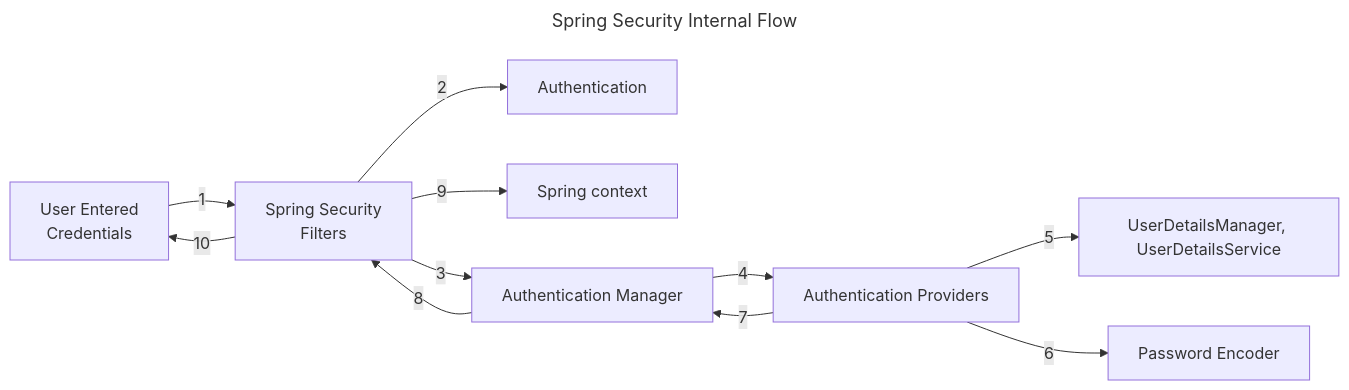
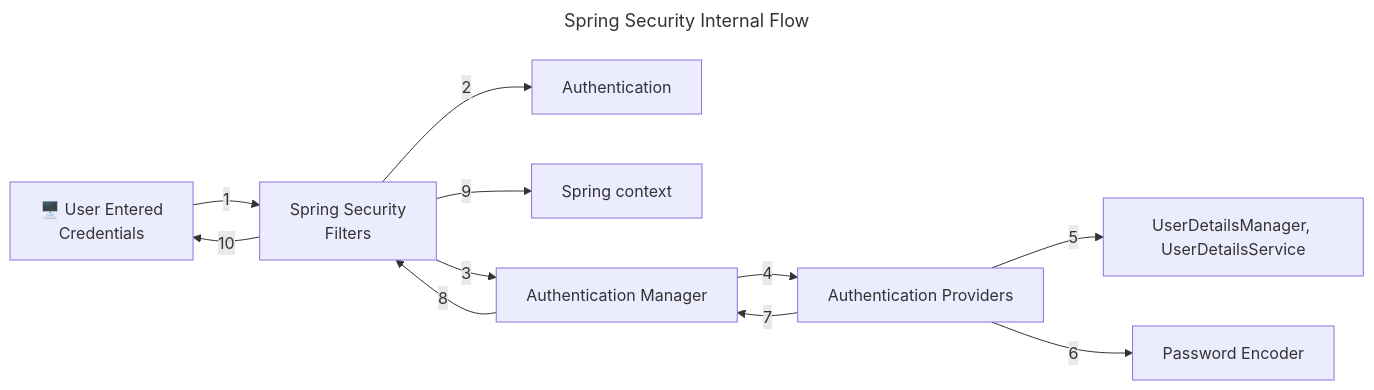
One commit to DonggeonMoon/spring-security-study changed the first of 17 diagrams in readme.md. Above: the diagram before and after it, drawn with Mermaid. The commit also changed other lines of this file, not shown here.

````diff
--- a/readme.md
+++ b/readme.md
@@ -17,16 +17,16 @@
 ```mermaid
 ---
 title: Spring Security Internal Flow
 ---
 graph LR
-    1[User Entered\nCredentials] -->|1|2[Spring Security\nFilters\n]
-    2 -->|2|3[Authentication]
-    2 -->|9|4[Spring context]
-    2 -->|3|5[Authentication Manager]
-    5 -->|4|6[Authentication Providers]
-    6 -->|5|7[UserDetailsManager, UserDetailsService]
-    6 -->|6|8[Password Encoder]
-    6 -->|7|5
-    5 -->|8|2
-    2 -->|10|1
+    1["🖥️ User Entered\nCredentials"] -->|1| 2[Spring Security\nFilters\n]
+    2 -->|2| 3[Authentication]
+    2 -->|9| 4[Spring context]
+    2 -->|3| 5[Authentication Manager]
+    5 -->|4| 6[Authentication Providers]
+    6 -->|5| 7[UserDetailsManager, UserDetailsService]
+    6 -->|6| 8[Password Encoder]
+    6 -->|7| 5
+    5 -->|8| 2
+    2 -->|10| 1
 ```
````
